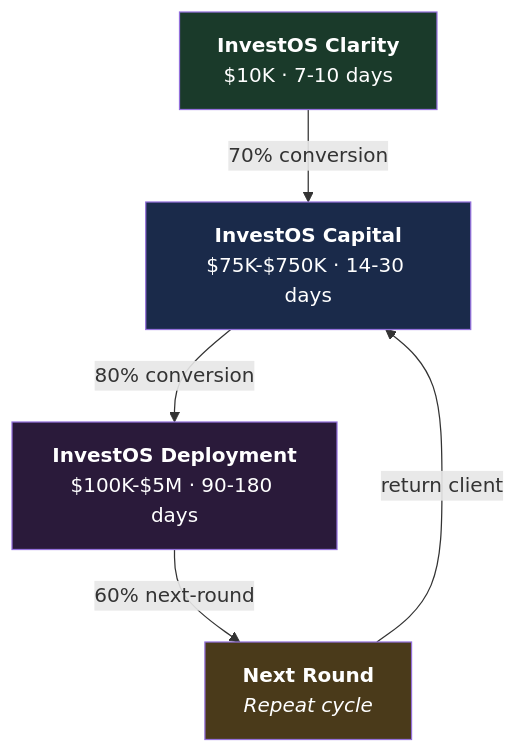
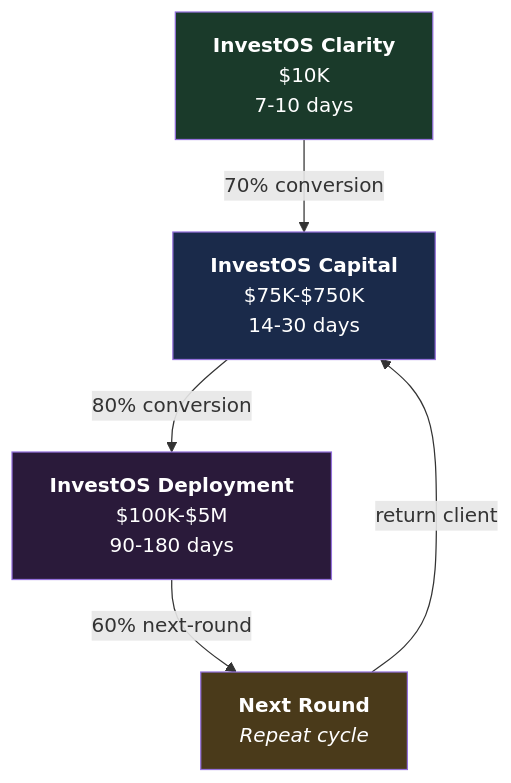
One commit to Light-Brands/qie changed the second of 4 diagrams in InvestOS/README.md. Above: the diagram before and after it, drawn with Mermaid. The commit also changed other lines of this file and 4 other files, not shown here.

First line of the commit message:
Fix Mermaid diagram label truncation across all docs

````diff
--- a/InvestOS/README.md
+++ b/InvestOS/README.md
@@ -69,17 +69,17 @@
 ```mermaid
 flowchart TD
-    IC["<b>InvestOS Clarity</b><br/>$10K · 7-10 days"]
-    II["<b>InvestOS Capital</b><br/>$75K-$750K · 14-30 days"]
-    ID["<b>InvestOS Deployment</b><br/>$100K-$5M · 90-180 days"]
+    IC["<b>InvestOS Clarity</b><br/>$10K<br/>7-10 days"]
+    II["<b>InvestOS Capital</b><br/>$75K-$750K<br/>14-30 days"]
+    ID["<b>InvestOS Deployment</b><br/>$100K-$5M<br/>90-180 days"]
     NR["<b>Next Round</b><br/><i>Repeat cycle</i>"]
 
     IC -->|"70% conversion"| II
     II -->|"80% conversion"| ID
     ID -->|"60% next-round"| NR
     NR -->|"return client"| II
 
     style IC fill:#1a3a2a,color:#fff
     style II fill:#1a2a4a,color:#fff
     style ID fill:#2a1a3a,color:#fff
     style NR fill:#4a3a1a,color:#fff
 ```
````
